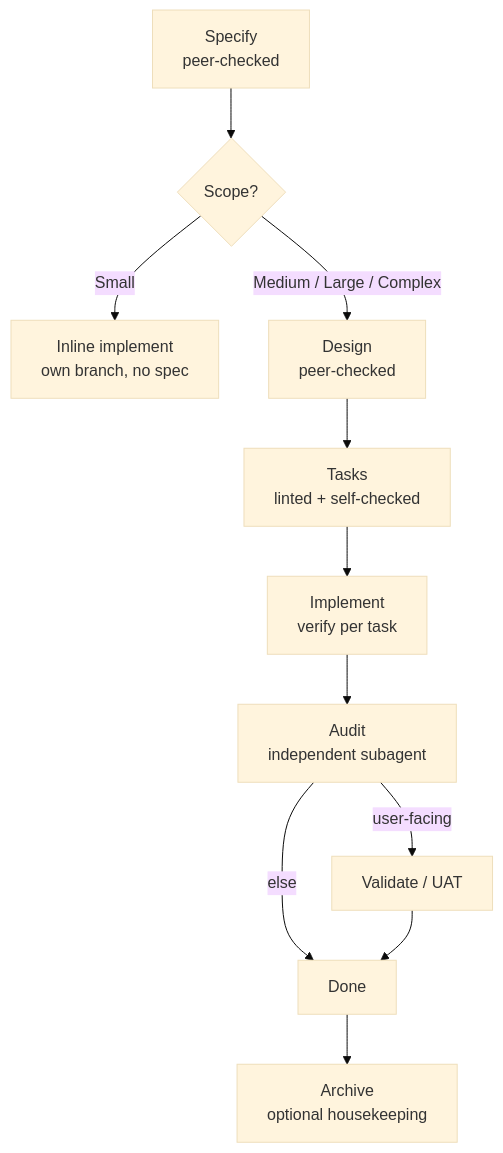
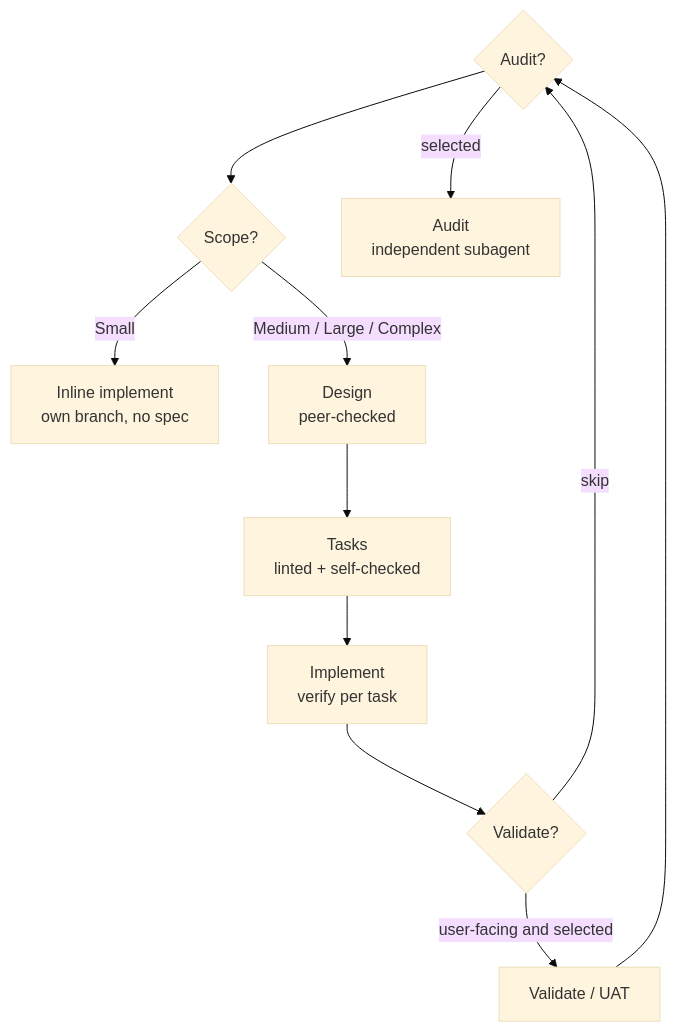
Before and after one commit to adeonir/agent-skills: the diagram in skills/engineering/spec-driven/README.md, drawn with Mermaid (base theme). The commit also changed other lines of this file and 13 other files, not shown here.

Commit message:
feat(spec-driven): align phase states and validation flow

````diff
--- a/skills/engineering/spec-driven/README.md
+++ b/skills/engineering/spec-driven/README.md
@@ -9,13 +9,13 @@
 ```mermaid
 flowchart TD
     A[Specify<br/>peer-checked] --> B{Scope?}
     B -->|Small| S[Inline implement<br/>own branch, no spec]
     B -->|Medium / Large / Complex| D[Design<br/>peer-checked]
     D --> T[Tasks<br/>linted + self-checked]
     T --> I[Implement<br/>verify per task]
-    I --> AU[Audit<br/>independent subagent]
-    AU -->|user-facing| V[Validate / UAT]
-    AU -->|else| DN[Done]
-    V --> DN
-    DN --> AR[Archive<br/>optional housekeeping]
+    I --> V{Validate?}
+    V -->|user-facing and selected| VA[Validate / UAT]
+    V -->|skip| A{Audit?}
+    VA --> A
+    A -->|selected| AU[Audit<br/>independent subagent]
 ```
````
